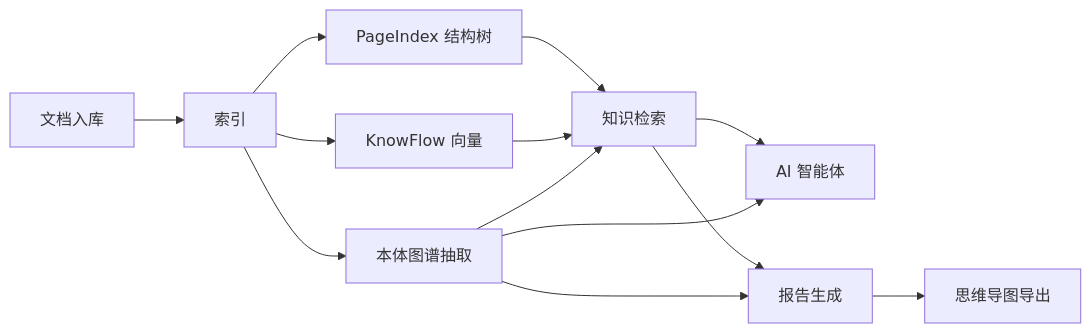
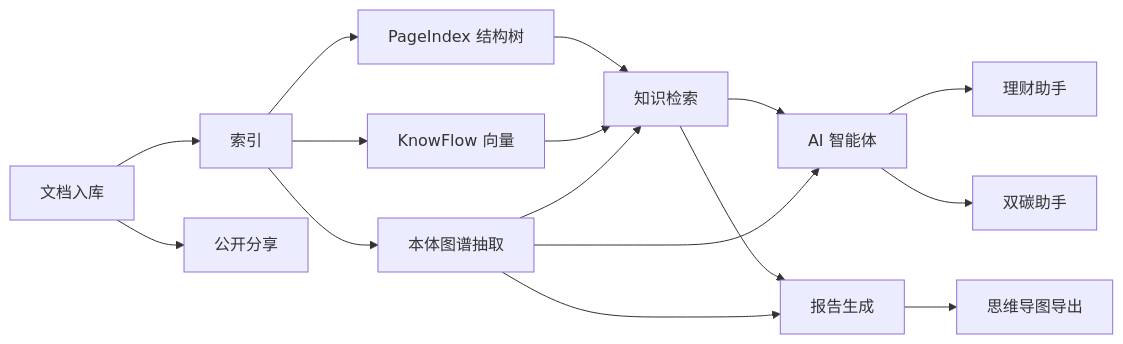
The diagram in docs/zh/index.md (zhibinQiu/benxi), drawn with Mermaid before and after one commit. The commit also changed other lines of this file and 11 other files, not shown here.

````diff
--- a/docs/zh/index.md
+++ b/docs/zh/index.md
@@ -7,15 +7,18 @@
 ```mermaid
 flowchart LR
   docs[文档入库] --> index[索引]
   index --> pi[PageIndex 结构树]
   index --> vec[KnowFlow 向量]
   index --> kg[本体图谱抽取]
   pi --> search[知识检索]
   vec --> search
   kg --> search
   search --> agent[AI 智能体]
   kg --> agent
   search --> report[报告生成]
   kg --> report
   report --> mindmap[思维导图导出]
+  agent --> finance[理财助手]
+  agent --> carbon[双碳助手]
+  docs --> share[公开分享]
 ```
````
